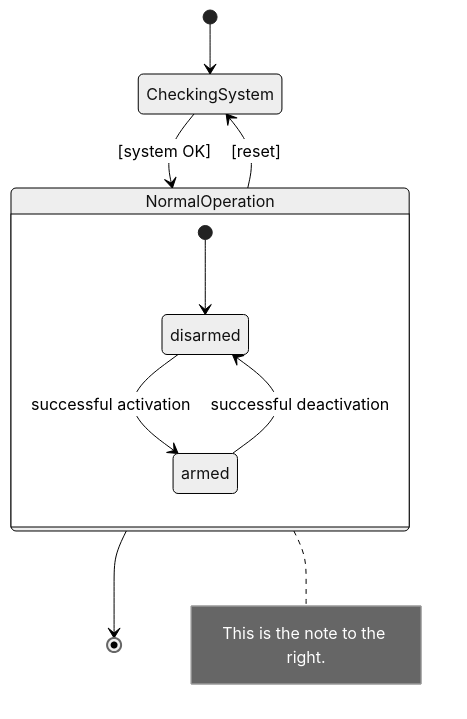
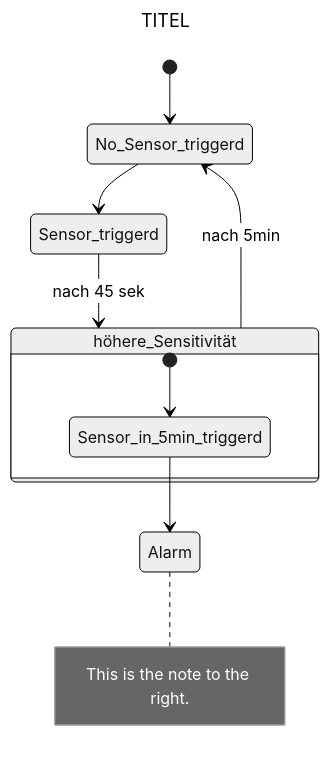
Before and after one commit to PaFu99/SWEN: the diagram in SWEN1/Diagramm-tamplates/zustandsdiagramm.mmd, drawn with Mermaid (neutral theme). The commit also changed 6 other files, not shown here.

```diff
--- a/SWEN1/Diagramm-tamplates/zustandsdiagramm.mmd
+++ b/SWEN1/Diagramm-tamplates/zustandsdiagramm.mmd
@@ -1,17 +1,22 @@
+---
+title: TITEL
+---
 
 stateDiagram-v2
+
 %% https://mermaid.js.org/syntax/stateDiagram.html#state-diagrams
    
-    [*] --> CheckingSystem
-    CheckingSystem --> NormalOperation : [system OK]
-    NormalOperation --> [*]
-    NormalOperation --> CheckingSystem : [reset]
-   
-    state NormalOperation {
-        [*] --> disarmed
-        
-        disarmed -->  armed: successful activation
-        armed --> disarmed : successful deactivation
+    [*] --> No_Sensor_triggerd
+    No_Sensor_triggerd --> Sensor_triggerd
+    Sensor_triggerd --> höhere_Sensitivität: nach 45 sek
+    höhere_Sensitivität --> No_Sensor_triggerd: nach 5min
+
+    state höhere_Sensitivität{
+
+        [*] --> Sensor_in_5min_triggerd
+
     }
 
-    note right of NormalOperation : This is the note to the right.
+Sensor_in_5min_triggerd --> Alarm
+    
+note right of Alarm : This is the note to the right.
```
